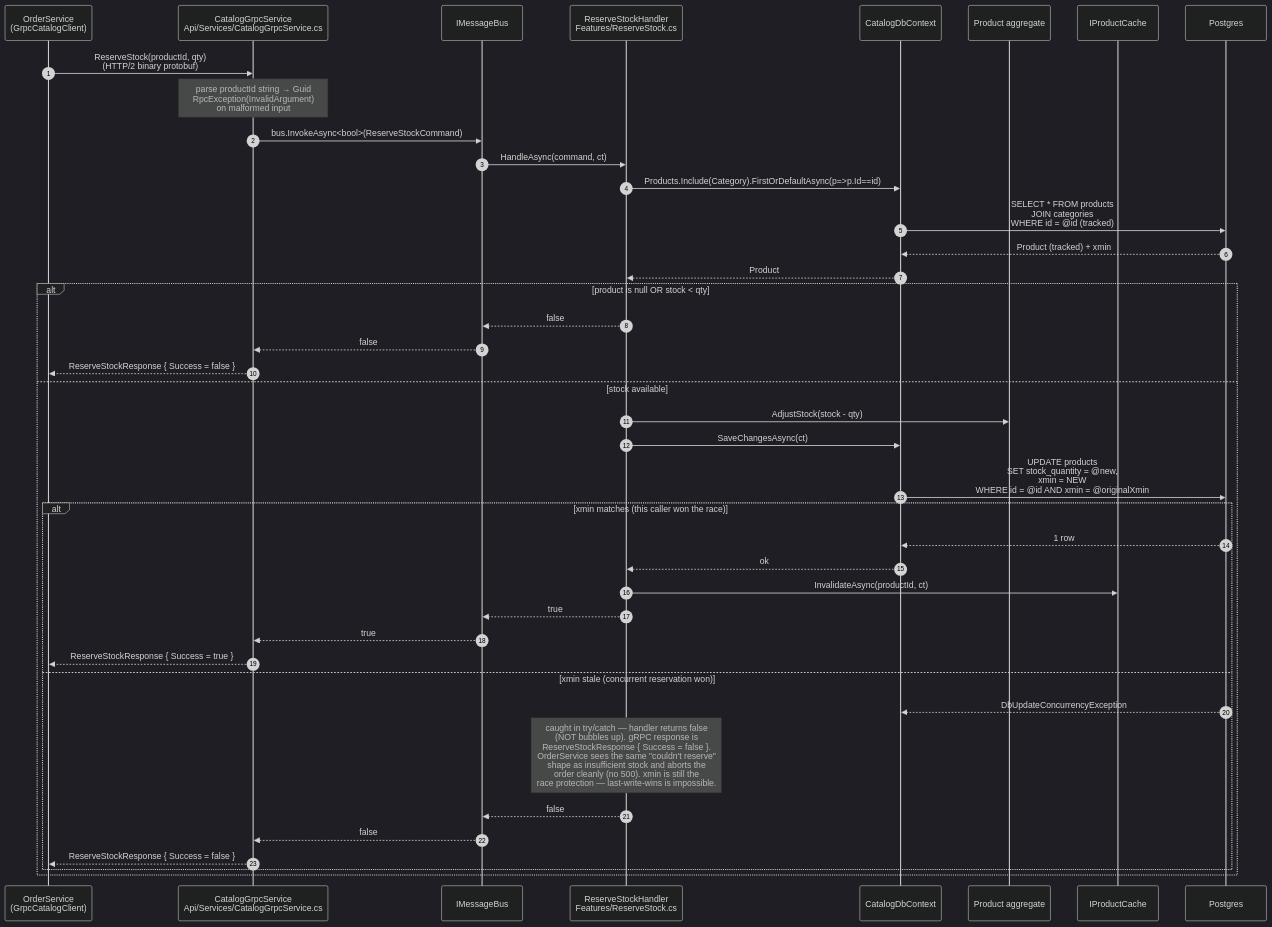
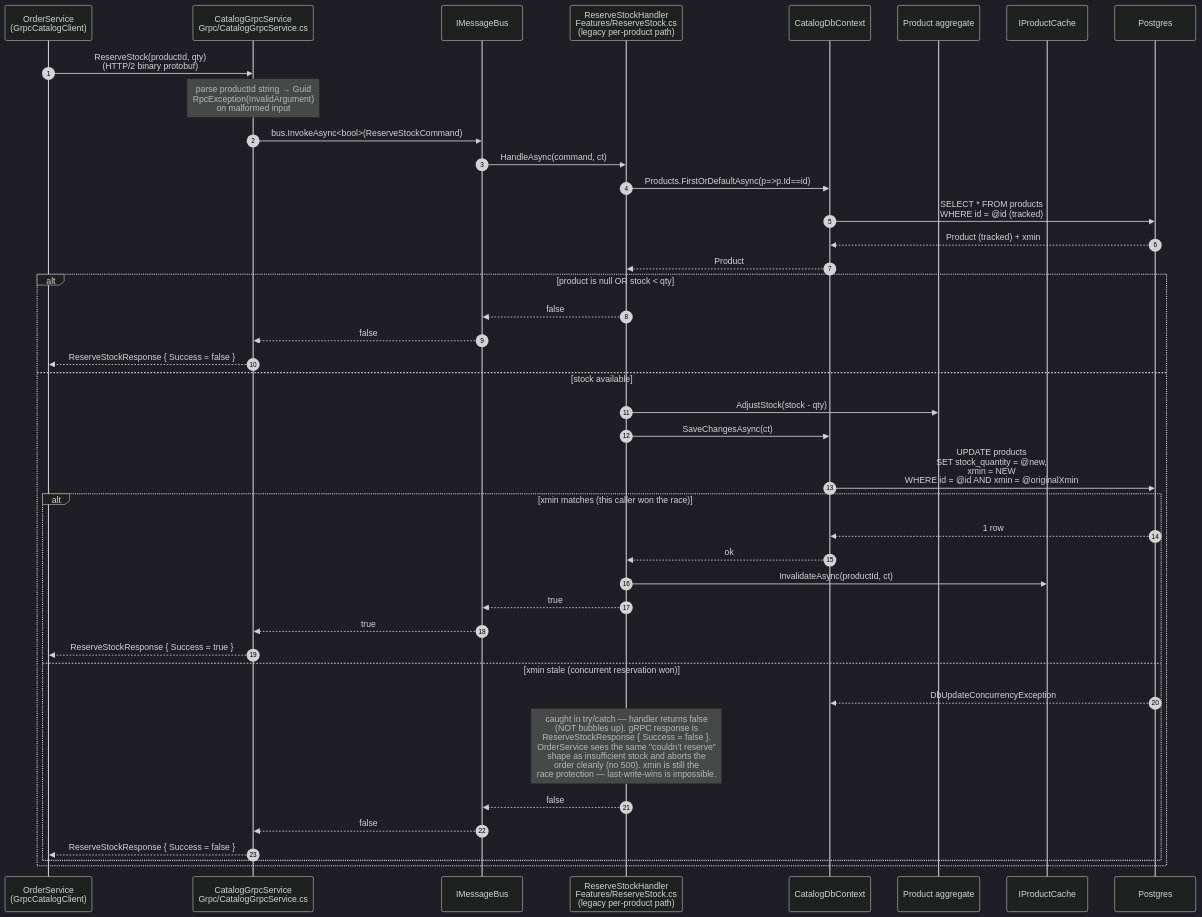
One commit to emeraldleaf/NextAurora changed the third of 4 diagrams in docs/code-flows/catalogservice.md. Above: the diagram before and after it, drawn with Mermaid (dark theme). The commit also changed other lines of this file and 46 other files, not shown here.

````diff
--- a/docs/code-flows/catalogservice.md
+++ b/docs/code-flows/catalogservice.md
@@ -136,46 +136,46 @@
 ```mermaid
 sequenceDiagram
     autonumber
     participant Order as OrderService<br/>(GrpcCatalogClient)
-    participant gRPC as CatalogGrpcService<br/>Api/Services/CatalogGrpcService.cs
+    participant gRPC as CatalogGrpcService<br/>Grpc/CatalogGrpcService.cs
     participant Bus as IMessageBus
-    participant H as ReserveStockHandler<br/>Features/ReserveStock.cs
+    participant H as ReserveStockHandler<br/>Features/ReserveStock.cs<br/>(legacy per-product path)
     participant Ctx as CatalogDbContext
     participant Agg as Product aggregate
     participant Cache as IProductCache
     participant DB as Postgres
 
     Order->>gRPC: ReserveStock(productId, qty)<br/>(HTTP/2 binary protobuf)
     Note over gRPC: parse productId string → Guid<br/>RpcException(InvalidArgument)<br/>on malformed input
     gRPC->>Bus: bus.InvokeAsync<bool>(ReserveStockCommand)
     Bus->>H: HandleAsync(command, ct)
 
-    H->>Ctx: Products.Include(Category).FirstOrDefaultAsync(p=>p.Id==id)
-    Ctx->>DB: SELECT * FROM products<br/>JOIN categories<br/>WHERE id = @id (tracked)
+    H->>Ctx: Products.FirstOrDefaultAsync(p=>p.Id==id)
+    Ctx->>DB: SELECT * FROM products<br/>WHERE id = @id (tracked)
     DB-->>Ctx: Product (tracked) + xmin
     Ctx-->>H: Product
 
     alt product is null OR stock < qty
         H-->>Bus: false
         Bus-->>gRPC: false
         gRPC-->>Order: ReserveStockResponse { Success = false }
     else stock available
         H->>Agg: AdjustStock(stock - qty)
         H->>Ctx: SaveChangesAsync(ct)
         Ctx->>DB: UPDATE products<br/>SET stock_quantity = @new,<br/>xmin = NEW<br/>WHERE id = @id AND xmin = @originalXmin
         alt xmin matches (this caller won the race)
             DB-->>Ctx: 1 row
             Ctx-->>H: ok
             H->>Cache: InvalidateAsync(productId, ct)
             H-->>Bus: true
             Bus-->>gRPC: true
             gRPC-->>Order: ReserveStockResponse { Success = true }
         else xmin stale (concurrent reservation won)
             DB-->>Ctx: DbUpdateConcurrencyException
             Note over H: caught in try/catch — handler returns false<br/>(NOT bubbles up). gRPC response is<br/>ReserveStockResponse { Success = false }.<br/>OrderService sees the same "couldn't reserve"<br/>shape as insufficient stock and aborts the<br/>order cleanly (no 500). xmin is still the<br/>race protection — last-write-wins is impossible.
             H-->>Bus: false
             Bus-->>gRPC: false
             gRPC-->>Order: ReserveStockResponse { Success = false }
         end
     end
 ```
````
